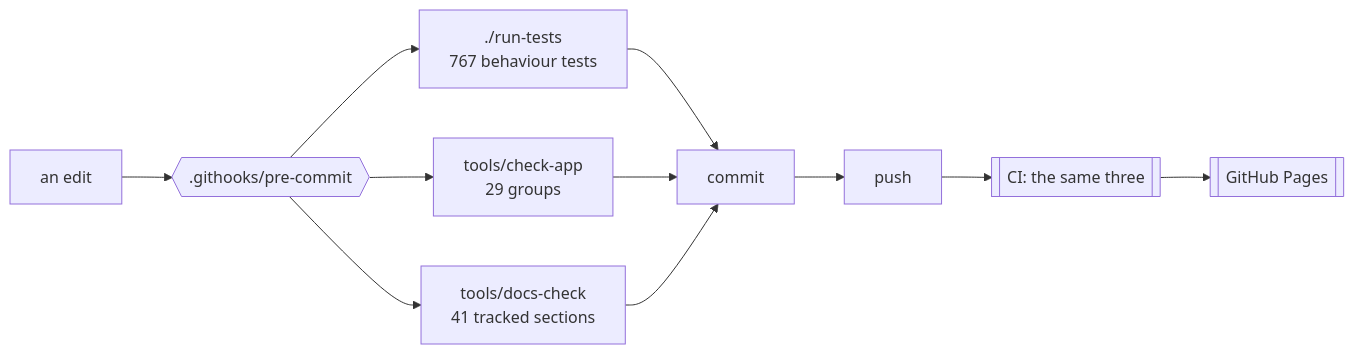
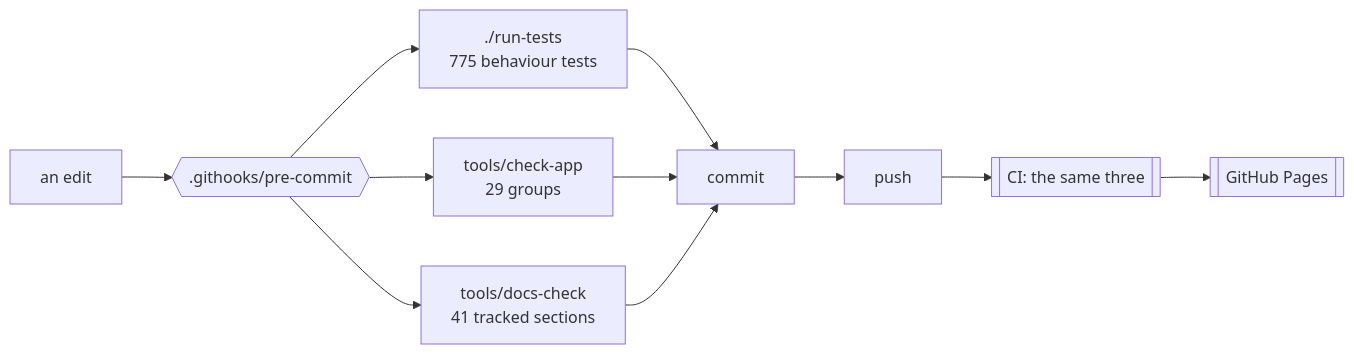
One commit to minormending/crystal-pilot-mobile changed the first of 2 diagrams in docs/DEVELOPING.md. Above: the diagram before and after it, drawn with Mermaid. The commit also changed other lines of this file and 3 other files, not shown here.

````diff
--- a/docs/DEVELOPING.md
+++ b/docs/DEVELOPING.md
@@ -15,12 +15,12 @@
 ```mermaid
 flowchart LR
     E[an edit] --> H{{".githooks/pre-commit"}}
-    H --> T["./run-tests<br/>767 behaviour tests"]
+    H --> T["./run-tests<br/>775 behaviour tests"]
     H --> C["tools/check-app<br/>29 groups"]
     H --> D["tools/docs-check<br/>41 tracked sections"]
     T --> OK[commit]
     C --> OK
     D --> OK
     OK --> P[push] --> CI[["CI: the same three"]]
     CI --> PG[[GitHub Pages]]
 ```
````
